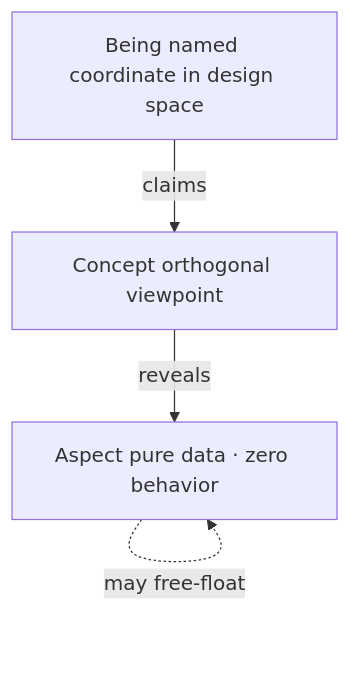
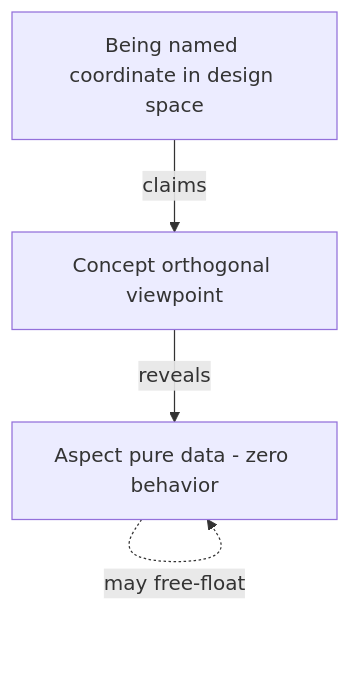
The second of 6 diagrams in src/content/articles/another-way-to-think-about-game-architecture.md (fm39hz/fm39hz-blogs), drawn with Mermaid before and after one commit. The commit also changed other lines of this file and 4 other files, not shown here.

````diff
--- a/src/content/articles/another-way-to-think-about-game-architecture.md
+++ b/src/content/articles/another-way-to-think-about-game-architecture.md
@@ -117,10 +122,10 @@
 ```mermaid
 graph TB
     B["Being named coordinate in design space"]
     C["Concept orthogonal viewpoint"]
-    A["Aspect pure data · zero behavior"]
+    A["Aspect pure data - zero behavior"]
 
     B -->|"claims"| C
     C -->|"reveals"| A
     A -.->|"may free-float"| A
 ```
````
